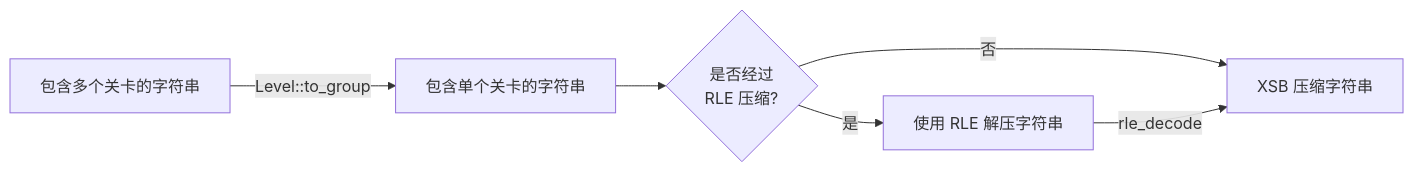
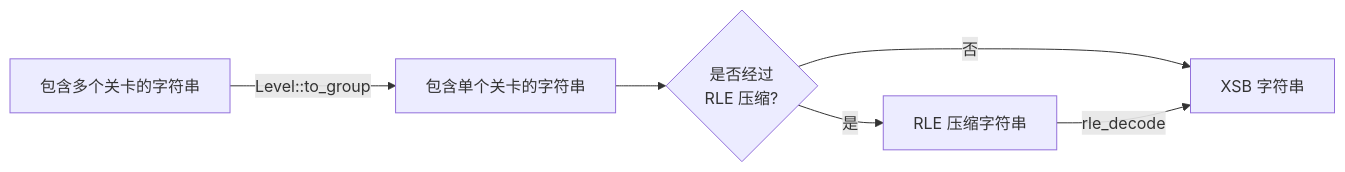
Before and after one commit to ShenMian/sokoban-tutorial: the diagram in src/level/construction.md, drawn with Mermaid.

````diff
--- a/src/level/construction.md
+++ b/src/level/construction.md
@@ -12,9 +12,9 @@
 ```mermaid
 flowchart LR
     A[包含多个关卡的字符串] -->|Level::to_group| B
     B[包含单个关卡的字符串] --> C{是否经过\n RLE 压缩?}
-    C -->|是| D[使用 RLE 解压字符串]
+    C -->|是| D[RLE 压缩字符串]
     C -->|否| E
     D -->|rle_decode| E
-    E[XSB 压缩字符串]
+    E[XSB 字符串]
 ```
````
